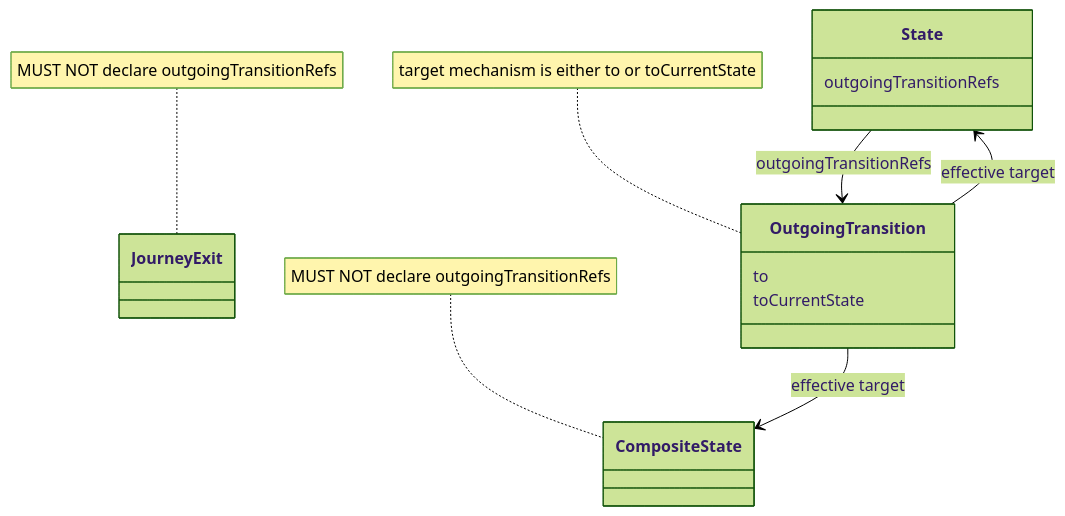
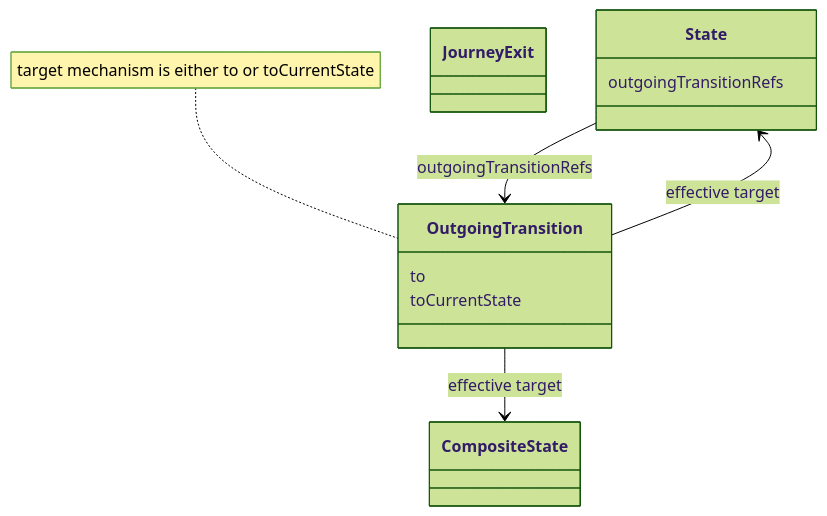
One commit to openuji/spec-ujg changed diagram 12 of 12 in specs/ed/graph/index.md. Above: the diagram before and after it, drawn with Mermaid (forest theme). The commit also changed other lines of this file and 23 other files, not shown here.

Commit message:
cleanup graph spec

````diff
--- a/specs/ed/graph/index.md
+++ b/specs/ed/graph/index.md
@@ -1134,20 +771,17 @@
 ```mermaid
 classDiagram
   class State {
     outgoingTransitionRefs
   }
   class CompositeState
   class JourneyExit
   class OutgoingTransition {
     to
     toCurrentState
   }
 
   State --> OutgoingTransition : outgoingTransitionRefs
   OutgoingTransition --> State : effective target
   OutgoingTransition --> CompositeState : effective target
   note for OutgoingTransition "target mechanism is either to or toCurrentState"
-
-  note for CompositeState "MUST NOT declare outgoingTransitionRefs"
-  note for JourneyExit "MUST NOT declare outgoingTransitionRefs"
 ```
````
